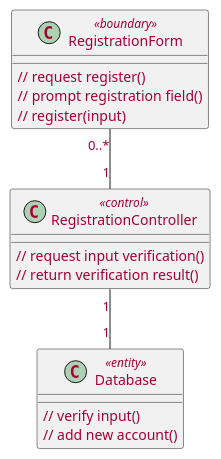
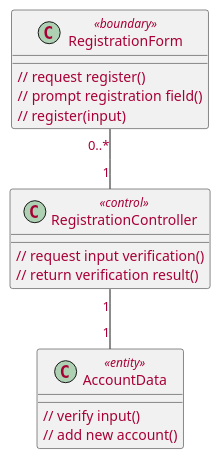
The second of 10 diagrams in source/solution/use-case-analysis.rst (McSinyx/ipppi), drawn with PlantUML before and after one commit. The commit also changed other lines of this file and 1 other file, not shown here.

Commit message:
Update entity name to fit model in GH-21

```diff
--- a/source/solution/use-case-analysis.rst
+++ b/source/solution/use-case-analysis.rst
@@ -45,22 +45,22 @@
 .. uml::
 
    skinparam defaultFontColor #a80036
 
    class RegistrationForm <<boundary>> {
       // request register()
       // prompt registration field()
       // register(input)
    }
 
    class RegistrationController <<control>> {
       // request input verification()
       // return verification result()
    }
 
-   class Database <<entity>> {
+   class AccountData <<entity>> {
       // verify input()
       // add new account()
    }
 
    RegistrationForm "0..*" -- "1" RegistrationController
-   RegistrationController "1" -- "1" Database
+   RegistrationController "1" -- "1" AccountData
```
